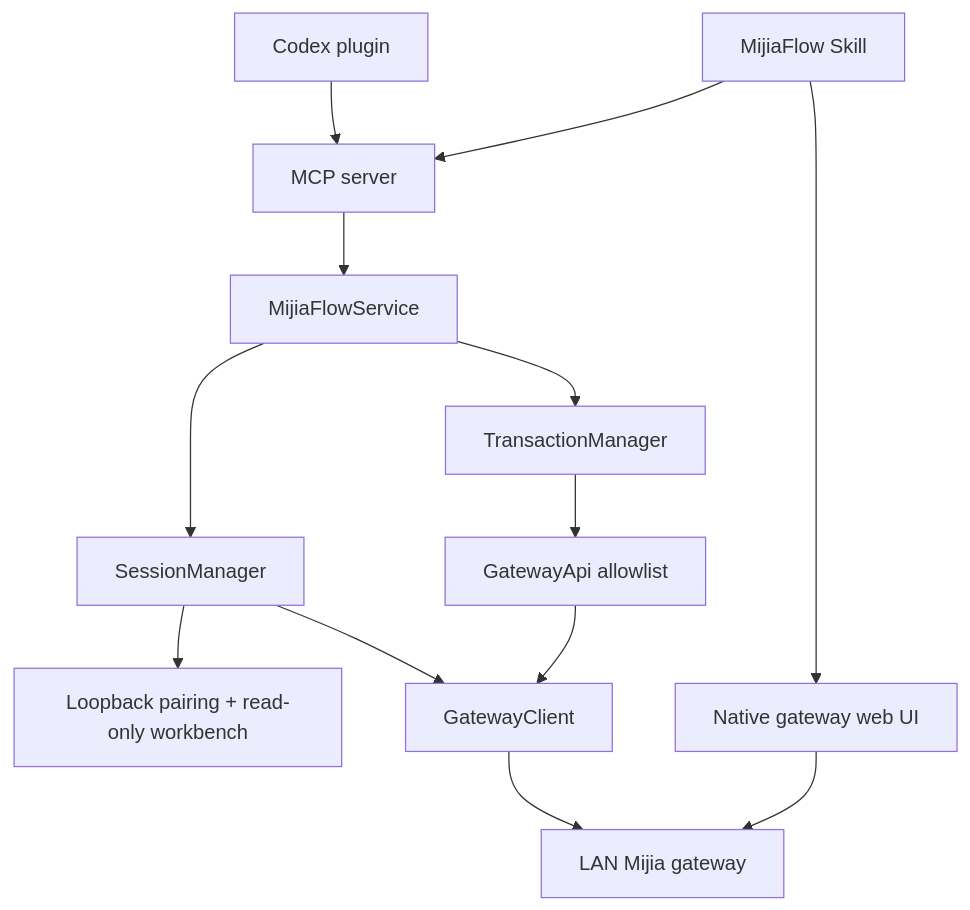
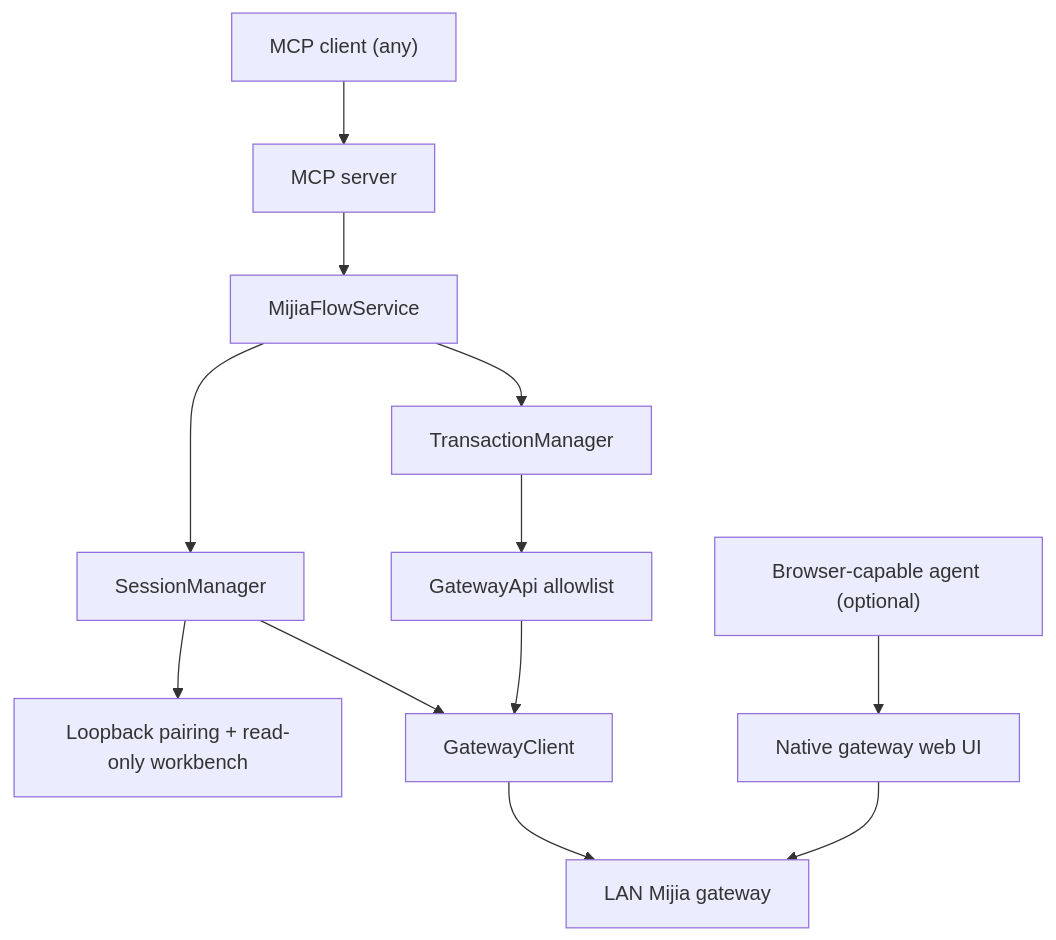
Before and after one commit to xmx-emm/mijiaflow: the diagram in PROJECT_CONTEXT.md, drawn with Mermaid. The commit also changed other lines of this file and 11 other files, not shown here.

Commit message:
refactor: remove the Codex-specific plugin layer for a client-neutral MCP server

````diff
--- a/PROJECT_CONTEXT.md
+++ b/PROJECT_CONTEXT.md
@@ -18,15 +18,14 @@
 ```mermaid
 graph TD
-  Codex["Codex plugin"] --> MCP["MCP server"]
+  McpClient["MCP client (any)"] --> MCP["MCP server"]
   MCP --> Service["MijiaFlowService"]
   Service --> Session["SessionManager"]
   Service --> Transactions["TransactionManager"]
   Session --> Pairing["Loopback pairing + read-only workbench"]
   Session --> Client["GatewayClient"]
   Client --> Gateway["LAN Mijia gateway"]
   Transactions --> API["GatewayApi allowlist"]
   API --> Client
-  Skill["MijiaFlow Skill"] --> MCP
-  Skill --> Browser["Native gateway web UI"]
+  Agent["Browser-capable agent (optional)"] --> Browser["Native gateway web UI"]
   Browser --> Gateway
 ```
````
